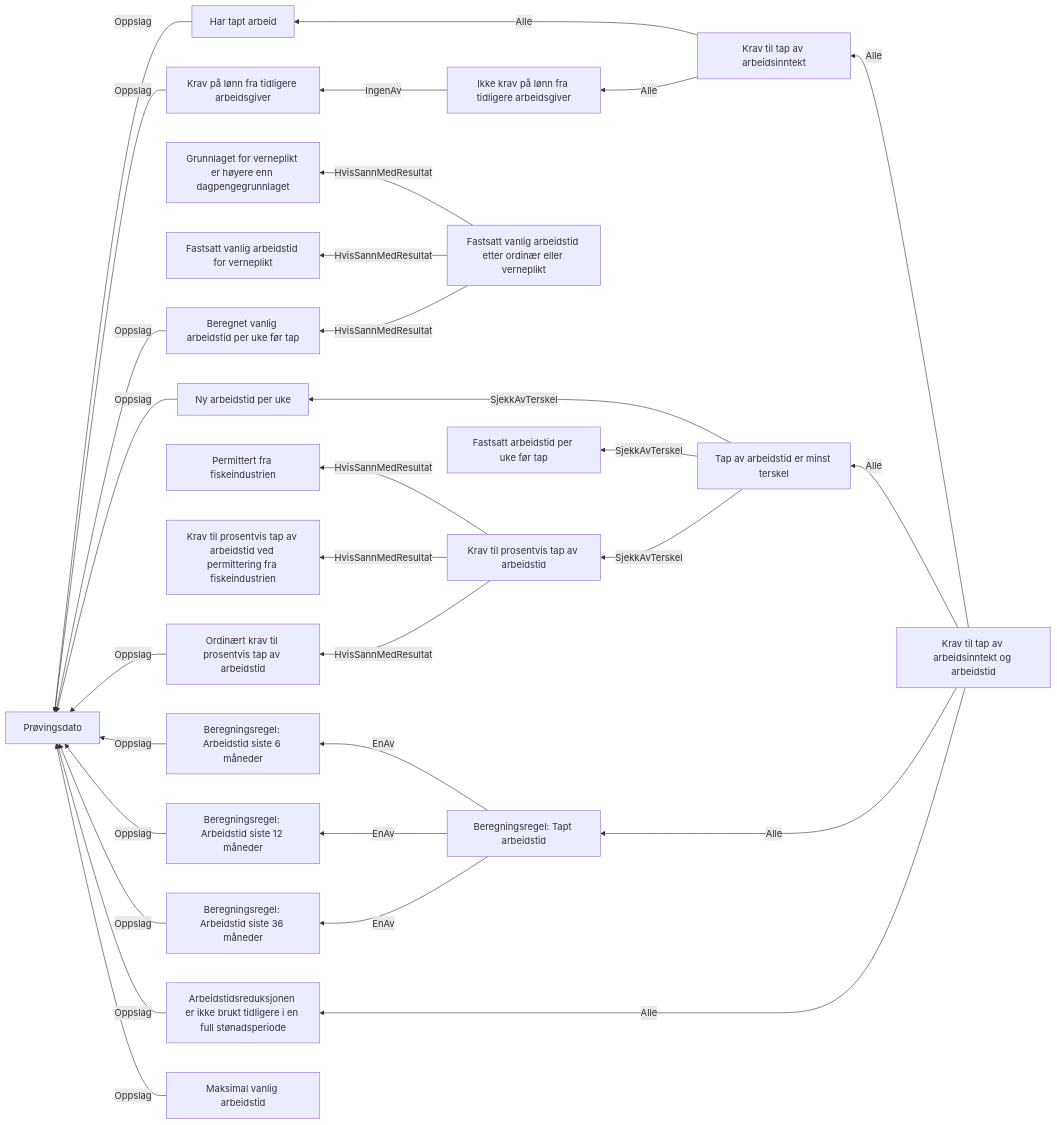
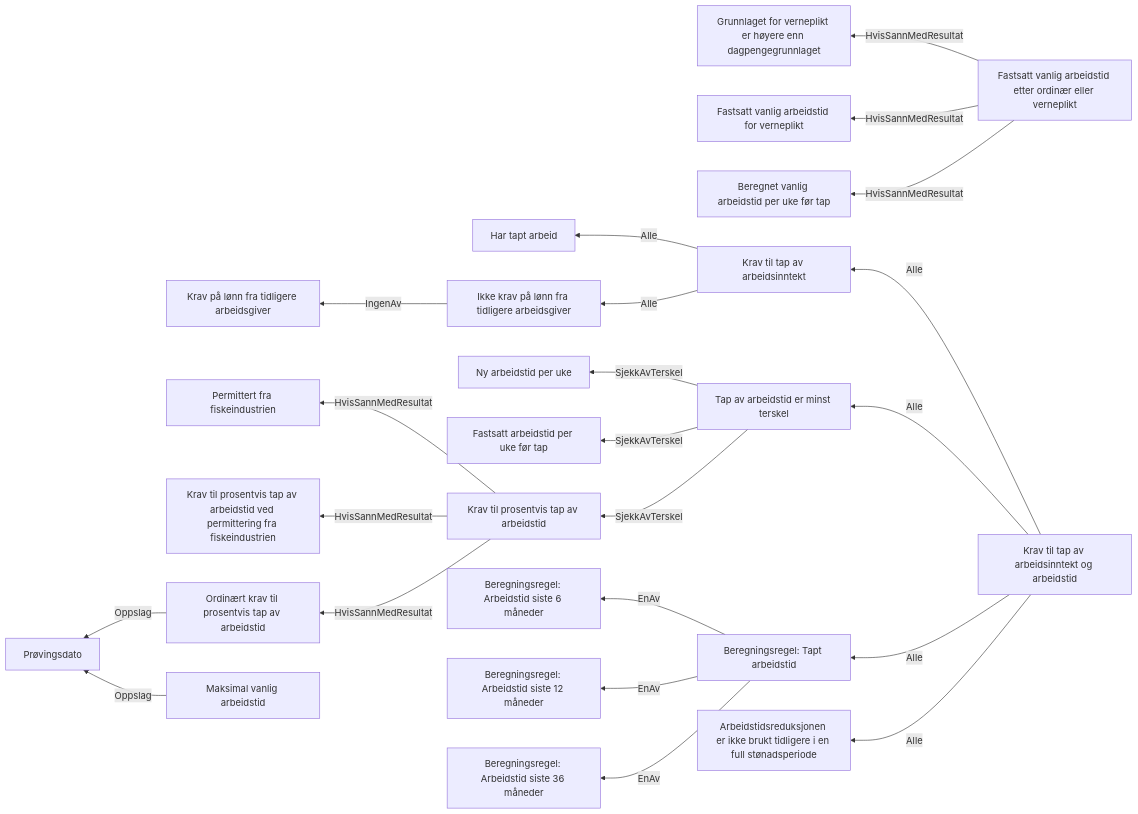
Before and after one commit to navikt/dp-behandling: the diagram in docs/regler/§ 4-3. Tap av arbeidsinntekt og arbeidstid.approved.md, drawn with Mermaid. The commit also changed 26 other files, not shown here.

````diff
--- a/docs/regler/§ 4-3. Tap av arbeidsinntekt og arbeidstid.approved.md
+++ b/docs/regler/§ 4-3. Tap av arbeidsinntekt og arbeidstid.approved.md
@@ -5,32 +5,24 @@
 ```mermaid
 graph RL
-  A["Har tapt arbeid"] -->|"Oppslag"| B["Prøvingsdato"]
-  C["Krav på lønn fra tidligere arbeidsgiver"] -->|"Oppslag"| B["Prøvingsdato"]
-  D["Ikke krav på lønn fra tidligere arbeidsgiver"] -->|"IngenAv"| C["Krav på lønn fra tidligere arbeidsgiver"]
-  E["Krav til tap av arbeidsinntekt"] -->|"Alle"| A["Har tapt arbeid"]
-  E["Krav til tap av arbeidsinntekt"] -->|"Alle"| D["Ikke krav på lønn fra tidligere arbeidsgiver"]
-  F["Ordinært krav til prosentvis tap av arbeidstid"] -->|"Oppslag"| B["Prøvingsdato"]
+  A["Ikke krav på lønn fra tidligere arbeidsgiver"] -->|"IngenAv"| B["Krav på lønn fra tidligere arbeidsgiver"]
+  C["Krav til tap av arbeidsinntekt"] -->|"Alle"| D["Har tapt arbeid"]
+  C["Krav til tap av arbeidsinntekt"] -->|"Alle"| A["Ikke krav på lønn fra tidligere arbeidsgiver"]
+  E["Ordinært krav til prosentvis tap av arbeidstid"] -->|"Oppslag"| F["Prøvingsdato"]
   G["Krav til prosentvis tap av arbeidstid"] -->|"HvisSannMedResultat"| H["Permittert fra fiskeindustrien"]
   G["Krav til prosentvis tap av arbeidstid"] -->|"HvisSannMedResultat"| I["Krav til prosentvis tap av arbeidstid ved permittering fra fiskeindustrien"]
-  G["Krav til prosentvis tap av arbeidstid"] -->|"HvisSannMedResultat"| F["Ordinært krav til prosentvis tap av arbeidstid"]
-  J["Beregningsregel: Arbeidstid siste 6 måneder"] -->|"Oppslag"| B["Prøvingsdato"]
-  K["Beregningsregel: Arbeidstid siste 12 måneder"] -->|"Oppslag"| B["Prøvingsdato"]
-  L["Beregningsregel: Arbeidstid siste 36 måneder"] -->|"Oppslag"| B["Prøvingsdato"]
-  M["Beregnet vanlig arbeidstid per uke før tap"] -->|"Oppslag"| B["Prøvingsdato"]
-  N["Arbeidstidsreduksjonen er ikke brukt tidligere i en full stønadsperiode"] -->|"Oppslag"| B["Prøvingsdato"]
-  O["Fastsatt vanlig arbeidstid etter ordinær eller verneplikt"] -->|"HvisSannMedResultat"| P["Grunnlaget for verneplikt er høyere enn dagpengegrunnlaget"]
-  O["Fastsatt vanlig arbeidstid etter ordinær eller verneplikt"] -->|"HvisSannMedResultat"| Q["Fastsatt vanlig arbeidstid for verneplikt"]
-  O["Fastsatt vanlig arbeidstid etter ordinær eller verneplikt"] -->|"HvisSannMedResultat"| M["Beregnet vanlig arbeidstid per uke før tap"]
-  R["Ny arbeidstid per uke"] -->|"Oppslag"| B["Prøvingsdato"]
-  S["Maksimal vanlig arbeidstid"] -->|"Oppslag"| B["Prøvingsdato"]
-  T["Tap av arbeidstid er minst terskel"] -->|"SjekkAvTerskel"| R["Ny arbeidstid per uke"]
-  T["Tap av arbeidstid er minst terskel"] -->|"SjekkAvTerskel"| U["Fastsatt arbeidstid per uke før tap"]
-  T["Tap av arbeidstid er minst terskel"] -->|"SjekkAvTerskel"| G["Krav til prosentvis tap av arbeidstid"]
-  V["Beregningsregel: Tapt arbeidstid"] -->|"EnAv"| J["Beregningsregel: Arbeidstid siste 6 måneder"]
-  V["Beregningsregel: Tapt arbeidstid"] -->|"EnAv"| K["Beregningsregel: Arbeidstid siste 12 måneder"]
-  V["Beregningsregel: Tapt arbeidstid"] -->|"EnAv"| L["Beregningsregel: Arbeidstid siste 36 måneder"]
-  W["Krav til tap av arbeidsinntekt og arbeidstid"] -->|"Alle"| E["Krav til tap av arbeidsinntekt"]
-  W["Krav til tap av arbeidsinntekt og arbeidstid"] -->|"Alle"| T["Tap av arbeidstid er minst terskel"]
-  W["Krav til tap av arbeidsinntekt og arbeidstid"] -->|"Alle"| V["Beregningsregel: Tapt arbeidstid"]
-  W["Krav til tap av arbeidsinntekt og arbeidstid"] -->|"Alle"| N["Arbeidstidsreduksjonen er ikke brukt tidligere i en full stønadsperiode"]
+  G["Krav til prosentvis tap av arbeidstid"] -->|"HvisSannMedResultat"| E["Ordinært krav til prosentvis tap av arbeidstid"]
+  J["Fastsatt vanlig arbeidstid etter ordinær eller verneplikt"] -->|"HvisSannMedResultat"| K["Grunnlaget for verneplikt er høyere enn dagpengegrunnlaget"]
+  J["Fastsatt vanlig arbeidstid etter ordinær eller verneplikt"] -->|"HvisSannMedResultat"| L["Fastsatt vanlig arbeidstid for verneplikt"]
+  J["Fastsatt vanlig arbeidstid etter ordinær eller verneplikt"] -->|"HvisSannMedResultat"| M["Beregnet vanlig arbeidstid per uke før tap"]
+  N["Maksimal vanlig arbeidstid"] -->|"Oppslag"| F["Prøvingsdato"]
+  O["Tap av arbeidstid er minst terskel"] -->|"SjekkAvTerskel"| P["Ny arbeidstid per uke"]
+  O["Tap av arbeidstid er minst terskel"] -->|"SjekkAvTerskel"| Q["Fastsatt arbeidstid per uke før tap"]
+  O["Tap av arbeidstid er minst terskel"] -->|"SjekkAvTerskel"| G["Krav til prosentvis tap av arbeidstid"]
+  R["Beregningsregel: Tapt arbeidstid"] -->|"EnAv"| S["Beregningsregel: Arbeidstid siste 6 måneder"]
+  R["Beregningsregel: Tapt arbeidstid"] -->|"EnAv"| T["Beregningsregel: Arbeidstid siste 12 måneder"]
+  R["Beregningsregel: Tapt arbeidstid"] -->|"EnAv"| U["Beregningsregel: Arbeidstid siste 36 måneder"]
+  V["Krav til tap av arbeidsinntekt og arbeidstid"] -->|"Alle"| C["Krav til tap av arbeidsinntekt"]
+  V["Krav til tap av arbeidsinntekt og arbeidstid"] -->|"Alle"| O["Tap av arbeidstid er minst terskel"]
+  V["Krav til tap av arbeidsinntekt og arbeidstid"] -->|"Alle"| R["Beregningsregel: Tapt arbeidstid"]
+  V["Krav til tap av arbeidsinntekt og arbeidstid"] -->|"Alle"| W["Arbeidstidsreduksjonen er ikke brukt tidligere i en full stønadsperiode"]
 ```
````
